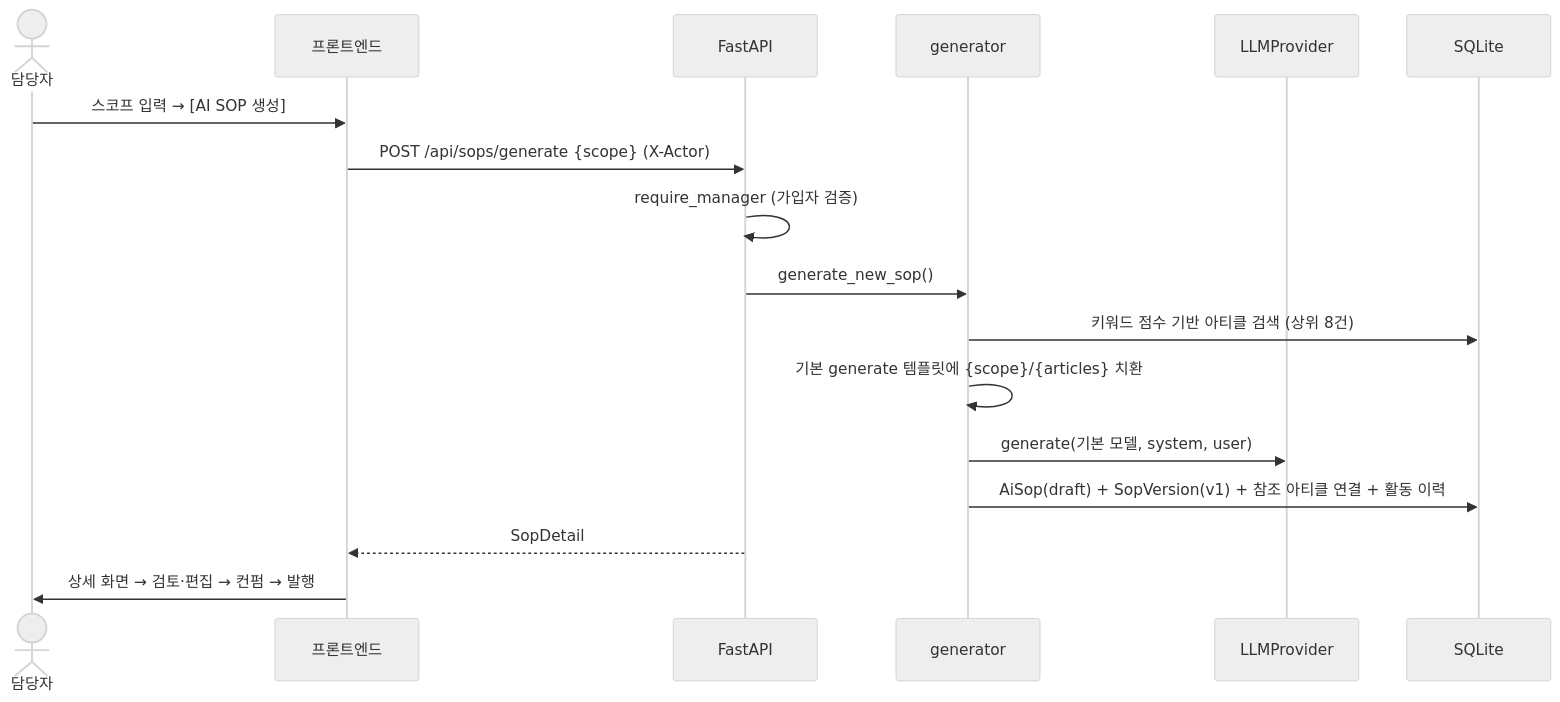
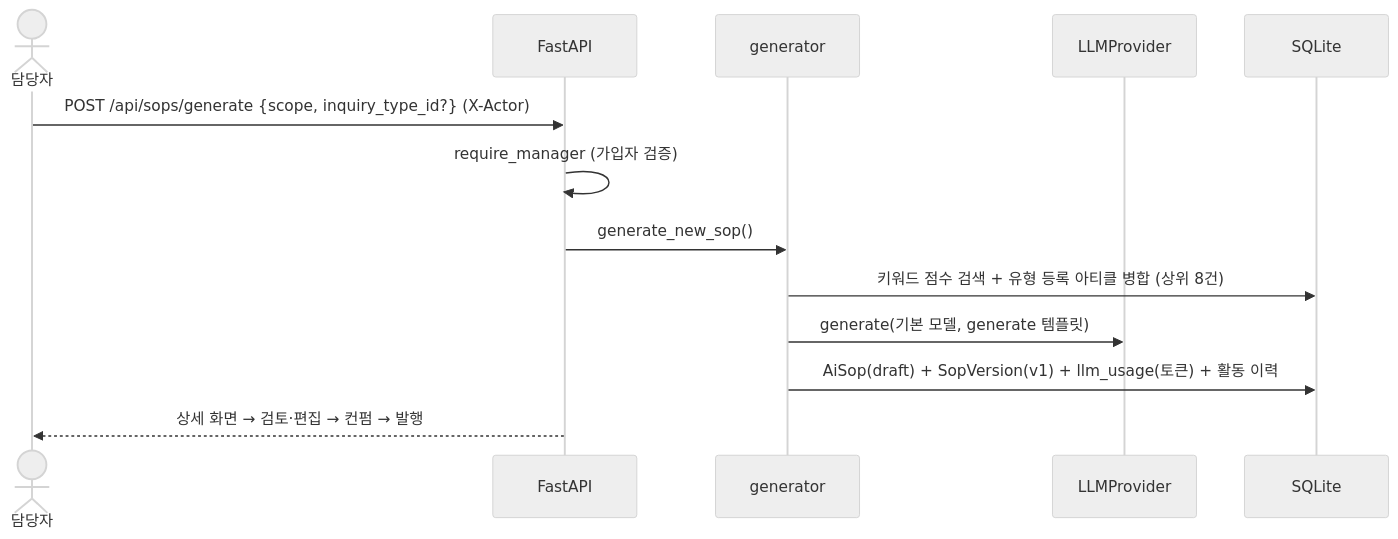
One commit to jinjjju/AI_SOP changed the second of 6 diagrams in docs/ARCHITECTURE.md. Above: the diagram before and after it, drawn with Mermaid (neutral theme). The commit also changed other lines of this file and 3 other files, not shown here.

````diff
--- a/docs/ARCHITECTURE.md
+++ b/docs/ARCHITECTURE.md
@@ -86,20 +100,16 @@
 ```mermaid
 sequenceDiagram
     actor M as 담당자
-    participant FE as 프론트엔드
     participant API as FastAPI
     participant G as generator
     participant LLM as LLMProvider
     participant DB as SQLite
 
-    M->>FE: 스코프 입력 → [AI SOP 생성]
-    FE->>API: POST /api/sops/generate {scope} (X-Actor)
+    M->>API: POST /api/sops/generate {scope, inquiry_type_id?} (X-Actor)
     API->>API: require_manager (가입자 검증)
     API->>G: generate_new_sop()
-    G->>DB: 키워드 점수 기반 아티클 검색 (상위 8건)
-    G->>G: 기본 generate 템플릿에 {scope}/{articles} 치환
-    G->>LLM: generate(기본 모델, system, user)
-    G->>DB: AiSop(draft) + SopVersion(v1) + 참조 아티클 연결 + 활동 이력
-    API-->>FE: SopDetail
-    FE->>M: 상세 화면 → 검토·편집 → 컨펌 → 발행
+    G->>DB: 키워드 점수 검색 + 유형 등록 아티클 병합 (상위 8건)
+    G->>LLM: generate(기본 모델, generate 템플릿)
+    G->>DB: AiSop(draft) + SopVersion(v1) + llm_usage(토큰) + 활동 이력
+    API-->>M: 상세 화면 → 검토·편집 → 컨펌 → 발행
 ```
````
